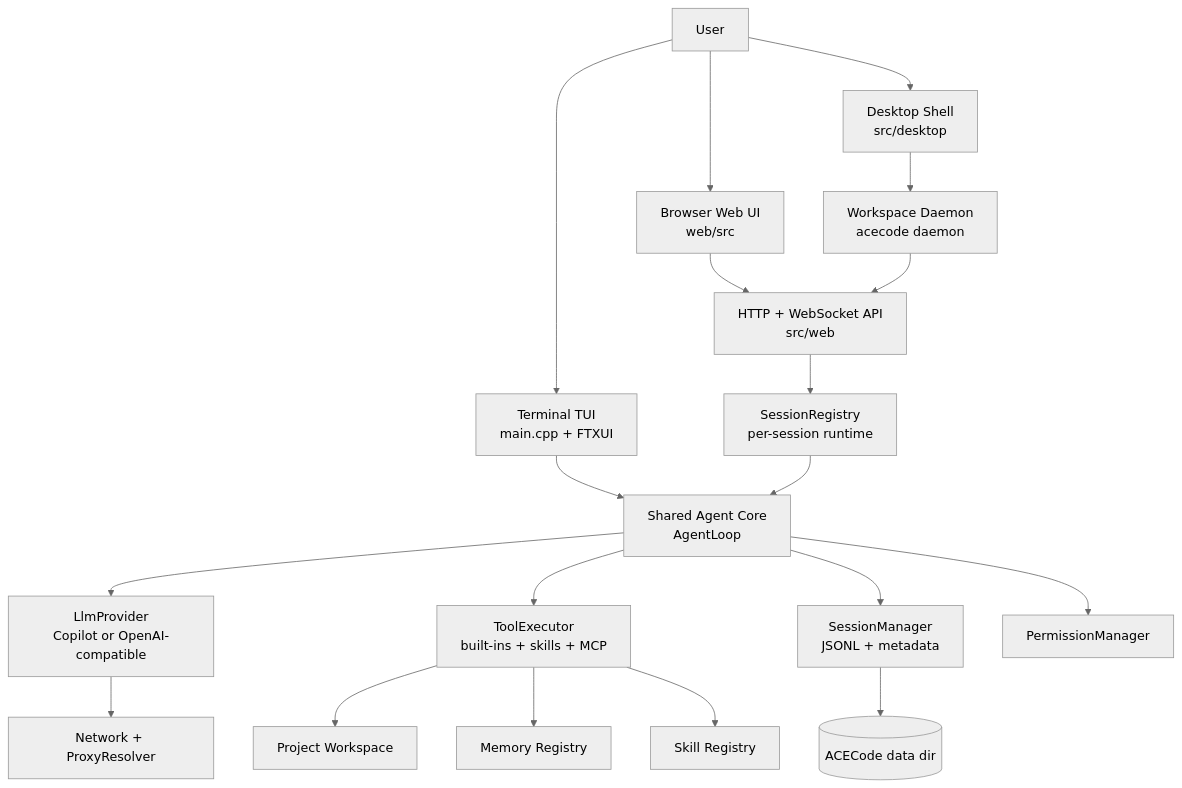
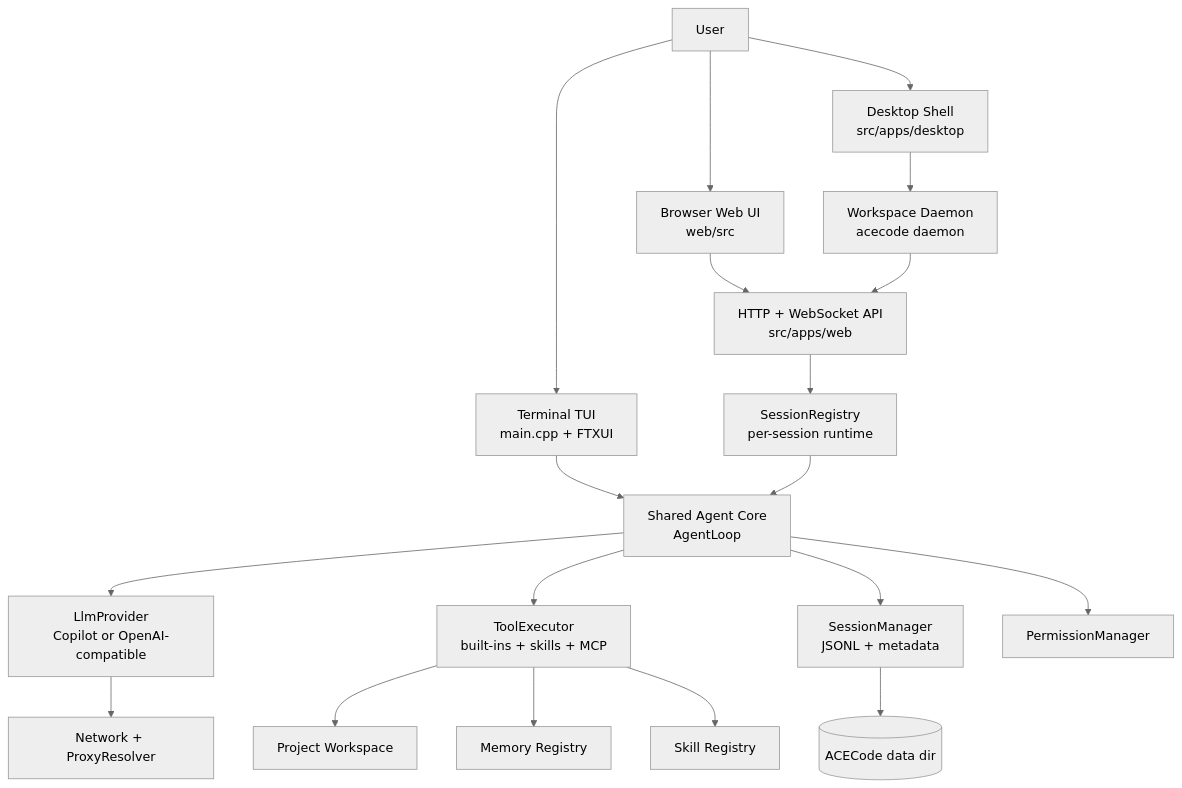
One commit to tmoonlight/acecode changed the first of 4 diagrams in ARCHITECTURE.md. Above: the diagram before and after it, drawn with Mermaid (neutral theme). The commit also changed other lines of this file and 201 other files, not shown here.

````diff
--- a/ARCHITECTURE.md
+++ b/ARCHITECTURE.md
@@ -20,24 +20,24 @@
 ```mermaid
 flowchart TB
     user[User] --> tui[Terminal TUI<br/>main.cpp + FTXUI]
-    user --> desktop[Desktop Shell<br/>src/desktop]
+    user --> desktop[Desktop Shell<br/>src/apps/desktop]
     user --> browser[Browser Web UI<br/>web/src]
 
     desktop --> daemonA[Workspace Daemon<br/>acecode daemon]
-    browser --> webapi[HTTP + WebSocket API<br/>src/web]
+    browser --> webapi[HTTP + WebSocket API<br/>src/apps/web]
     tui --> core[Shared Agent Core<br/>AgentLoop]
     daemonA --> webapi
     webapi --> registry[SessionRegistry<br/>per-session runtime]
     registry --> core
 
     core --> provider[LlmProvider<br/>Copilot or OpenAI-compatible]
     core --> tools[ToolExecutor<br/>built-ins + skills + MCP]
     core --> sessions[SessionManager<br/>JSONL + metadata]
     core --> permissions[PermissionManager]
 
     provider --> network[Network + ProxyResolver]
     tools --> workspace[Project Workspace]
     tools --> memory[Memory Registry]
     tools --> skills[Skill Registry]
     sessions --> data[(ACECode data dir)]
 ```
````
